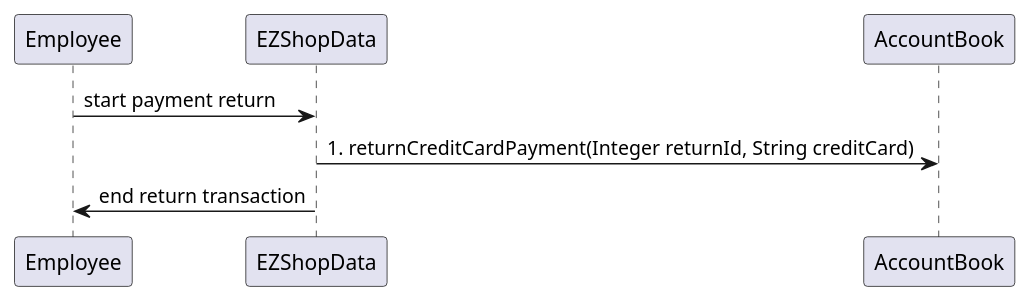
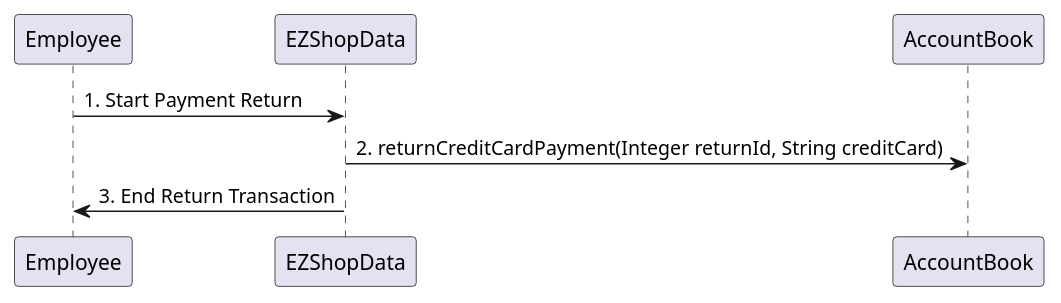
Before and after one commit to djemar/softeng_ezshop: diagram 30 of 31 in Deliverables/DesignDocument.md, drawn with PlantUML. The commit also changed other lines of this file, not shown here.

Commit message:
sequence diagram

````diff
--- a/Deliverables/DesignDocument.md
+++ b/Deliverables/DesignDocument.md
@@ -555,9 +564,6 @@
 ```plantuml
-"Employee" -> "EZShopData" : start payment return
-
-
-"EZShopData" -> "AccountBook": 1. returnCreditCardPayment(Integer returnId, String creditCard)
-
-"EZShopData" -> "Employee" : end return transaction
+"Employee" -> "EZShopData" : 1. Start Payment Return
+"EZShopData" -> "AccountBook": 2. returnCreditCardPayment(Integer returnId, String creditCard)
+"EZShopData" -> "Employee" : 3. End Return Transaction
 
 ```
````
